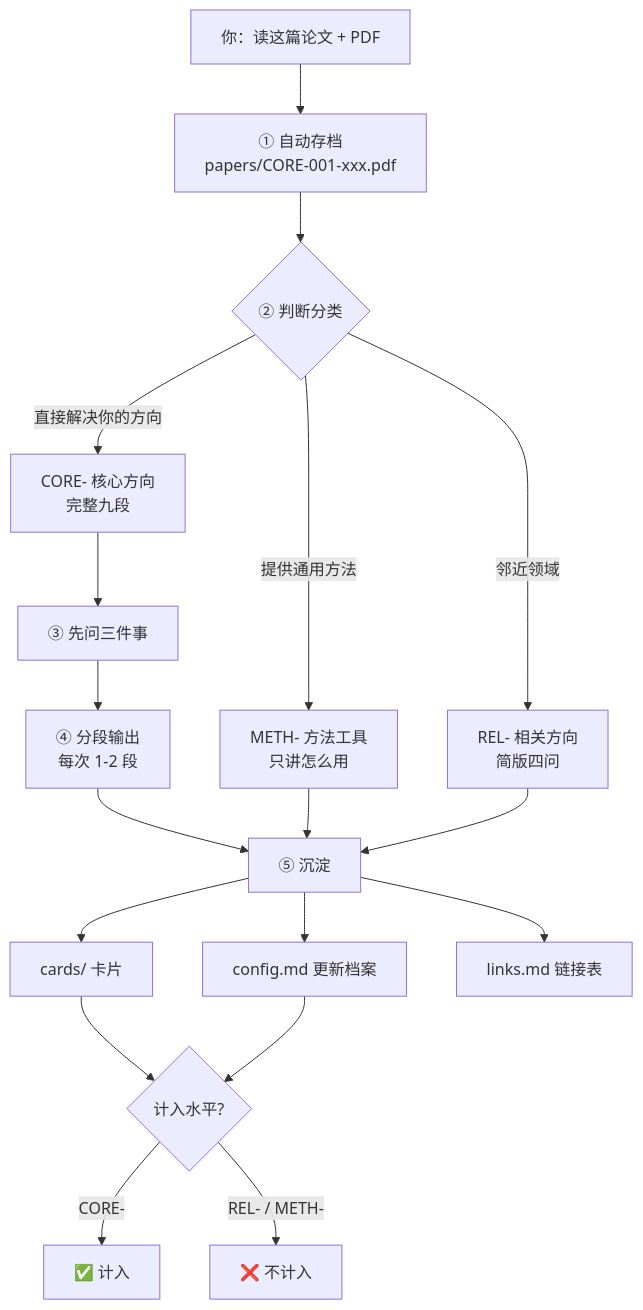
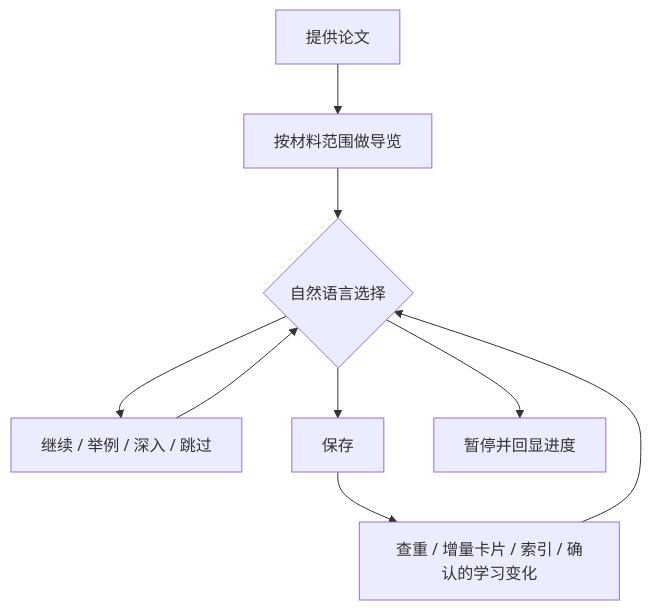
The diagram in docs/design.md (2842895276/dsh-skill-literature-reading), drawn with Mermaid before and after one commit. The commit also changed other lines of this file and 18 other files, not shown here.

````diff
--- a/docs/design.md
+++ b/docs/design.md
@@ -183,20 +3,11 @@
 ```mermaid
 flowchart TD
-    A[你：读这篇论文 + PDF] --> B[① 自动存档<br/>papers/CORE-001-xxx.pdf]
-    B --> C{② 判断分类}
-    C -->|直接解决你的方向| D[CORE- 核心方向<br/>完整九段]
-    C -->|提供通用方法| E[METH- 方法工具<br/>只讲怎么用]
-    C -->|邻近领域| F[REL- 相关方向<br/>简版四问]
-    D --> G[③ 先问三件事]
-    G --> H[④ 分段输出<br/>每次 1-2 段]
-    H --> I[⑤ 沉淀]
-    I --> J[cards/ 卡片]
-    I --> K[config.md 更新档案]
-    I --> L[links.md 链接表]
-    E --> I
-    F --> I
-    J --> M{计入水平?}
-    K --> M
-    M -->|CORE-| N[✅ 计入]
-    M -->|REL- / METH-| O[❌ 不计入]
+  A[提供论文] --> B[按材料范围做导览]
+  B --> C{自然语言选择}
+  C --> D[继续 / 举例 / 深入 / 跳过]
+  D --> C
+  C --> E[保存]
+  E --> F[查重 / 增量卡片 / 索引 / 确认的学习变化]
+  F --> C
+  C --> G[暂停并回显进度]
 ```
````
